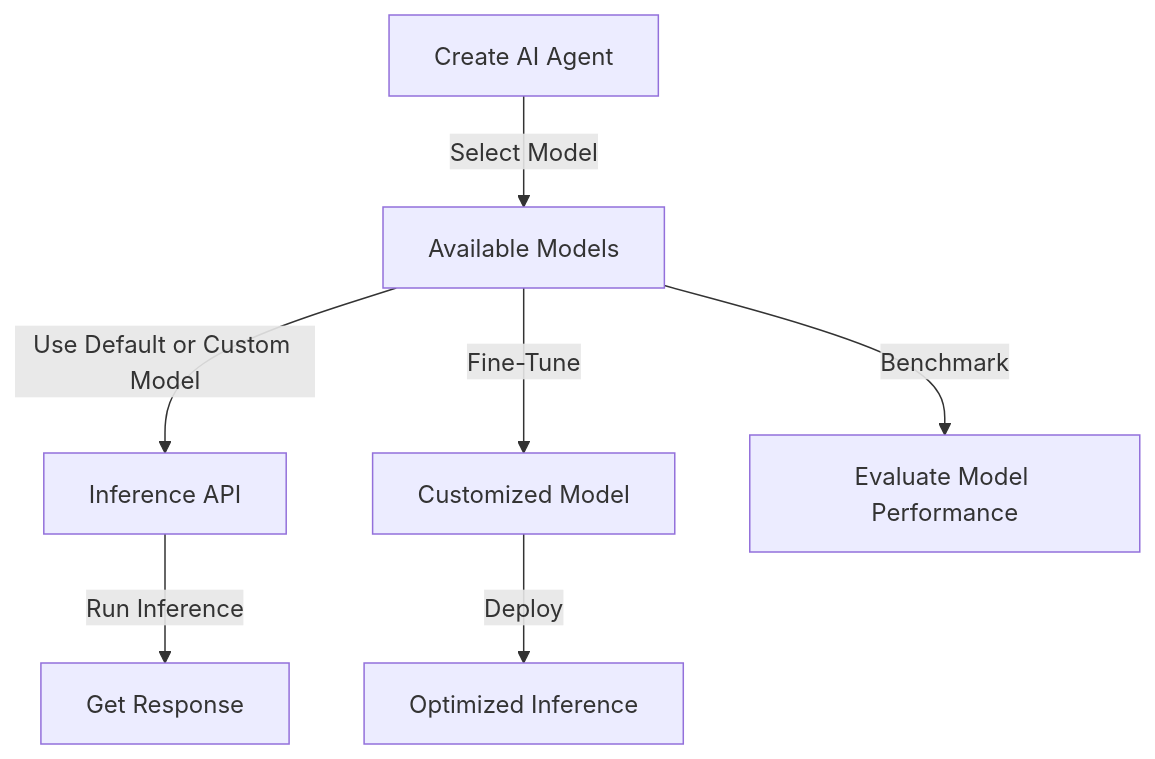
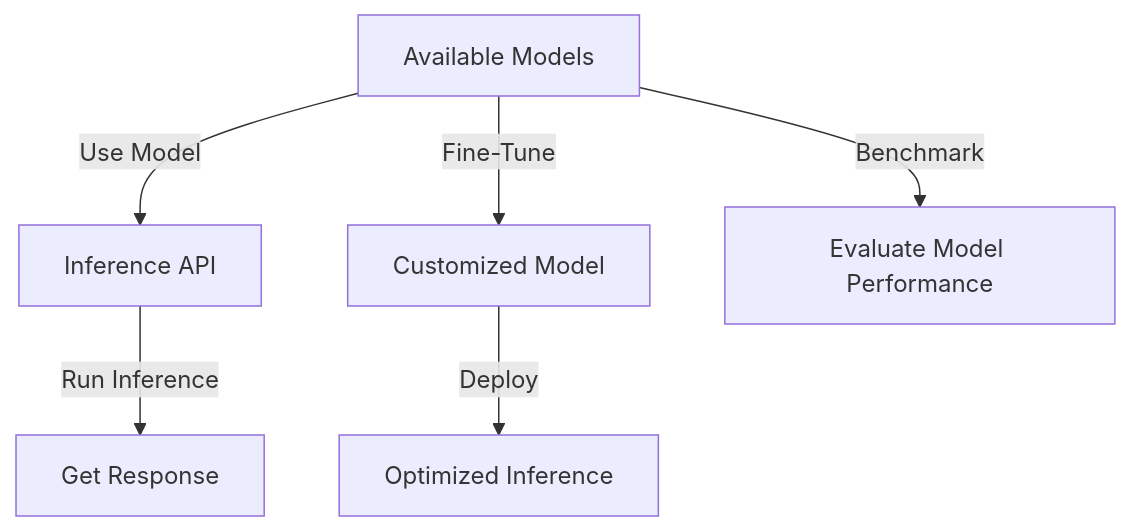
Before and after one commit to nearai/nearai: the diagram in docs/models/models.md, drawn with Mermaid. The commit also changed other lines of this file and 3 other files, not shown here.

````diff
--- a/docs/models/models.md
+++ b/docs/models/models.md
@@ -26,9 +67,9 @@
 ```mermaid
 graph TD;
-    A[Create AI Agent] -->|Select Model| B[Available Models];
-    B -->|Use Default or Custom Model| C[Inference API];
+    B[Available Models];
+    B -->|Use Model| C[Inference API];
     C -->|Run Inference| D[Get Response];
     B -->|Fine-Tune| E[Customized Model];
     E -->|Deploy| F[Optimized Inference];
     B -->|Benchmark| G[Evaluate Model Performance];
 ```
````
